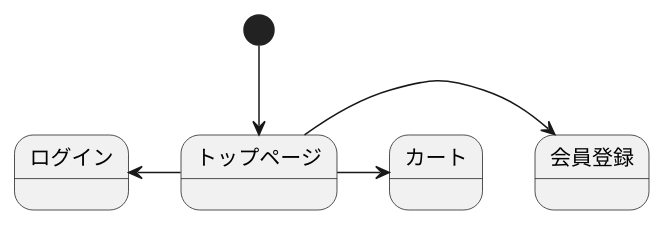
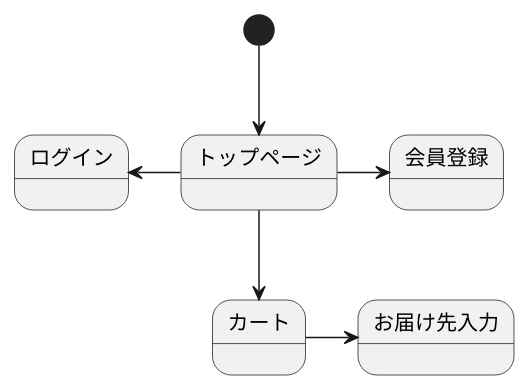
Before and after one commit to Aso2001388/2021sys-design: the diagram in stm01.md, drawn with PlantUML.

````diff
--- a/stm01.md
+++ b/stm01.md
@@ -1,9 +1,10 @@
 ```uml
 @startuml
 [*]-->トップページ
 トップページ->会員登録
 トップページ-left->ログイン
-トップページ->カート
+トップページ-->カート
+カート->お届け先入力
 
 @enduml
 ```
````
